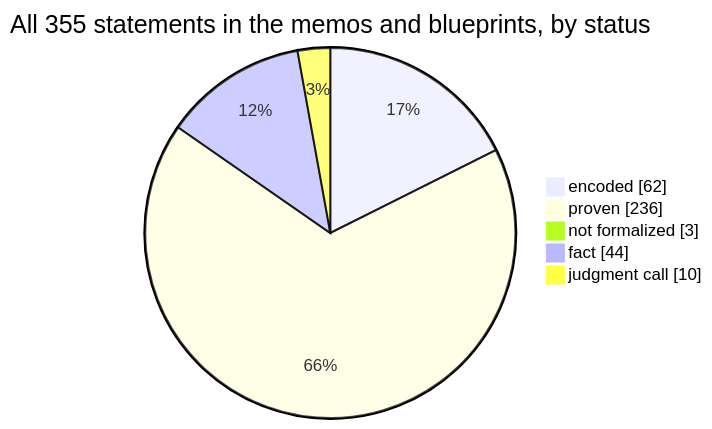
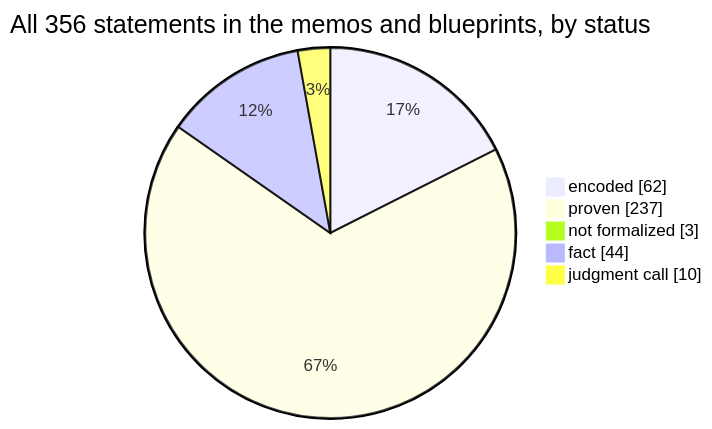
The first of 4 diagrams in docs/graphs/dashboard.md (SeanWMurray/Canteen), drawn with Mermaid before and after one commit. The commit also changed other lines of this file and 14 other files, not shown here.

````diff
--- a/docs/graphs/dashboard.md
+++ b/docs/graphs/dashboard.md
@@ -11,8 +11,8 @@
 ```mermaid
-pie showData title All 355 statements in the memos and blueprints, by status
+pie showData title All 356 statements in the memos and blueprints, by status
     "encoded" : 62
-    "proven" : 236
+    "proven" : 237
     "not formalized" : 3
     "fact" : 44
     "judgment call" : 10
 ```
````
